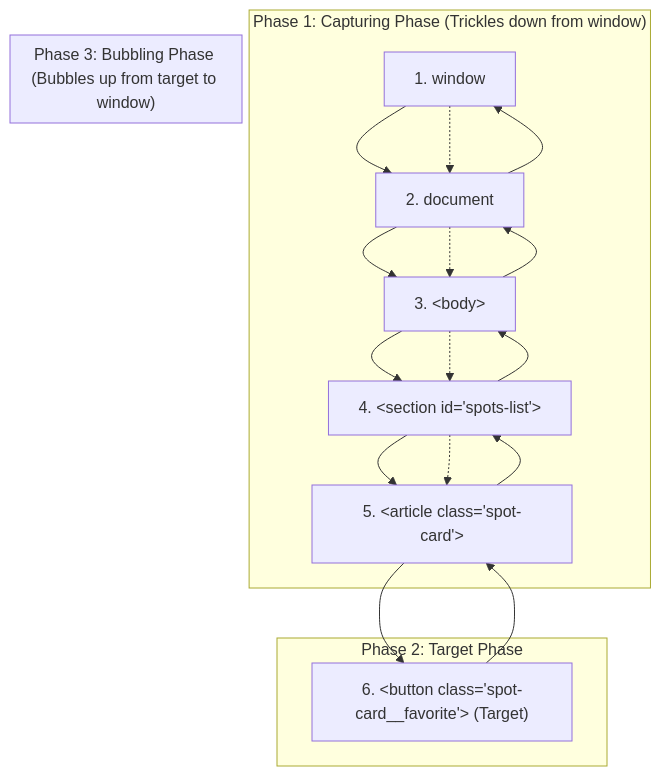
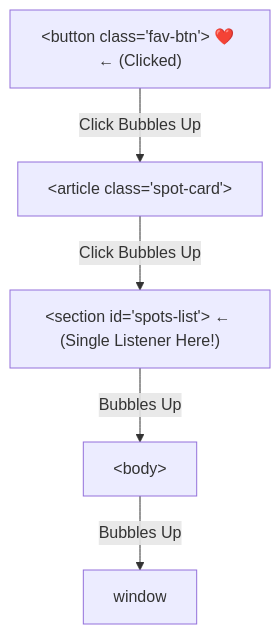
The sixth of 7 diagrams in full_stack_development_class_notes/Week 8_ The DOM, Events & Browser APIs.md (ajibolagenius/LagosDataSchool), drawn with Mermaid before and after one commit. The commit also changed other lines of this file and 20 other files, not shown here.

````diff
--- a/full_stack_development_class_notes/Week 8_ The DOM, Events & Browser APIs.md
+++ b/full_stack_development_class_notes/Week 8_ The DOM, Events & Browser APIs.md
@@ -94,20 +357,13 @@
 ```mermaid
 flowchart TD
-    Window["1. window"] --> Document["2. document"]
-    Document --> Body["3. &lt;body&gt;"]
-    Body --> Container["4. &lt;section id='spots-list'&gt;"]
-    Container --> Card["5. &lt;article class='spot-card'&gt;"]
-    Card --> Button["6. &lt;button class='spot-card__favorite'&gt; (Target)"]
+    Window["window"]
+    Body["&lt;body&gt;"]
+    Container["&lt;section id='spots-list'&gt; &larr; (Single Listener Here!)"]
+    Card["&lt;article class='spot-card'&gt;"]
+    Button["&lt;button class='fav-btn'&gt; ❤️ &larr; (Clicked)"]
 
-    subgraph Capturing["Phase 1: Capturing Phase (Trickles down from window)"]
-        Window -.-> Document -.-> Body -.-> Container -.-> Card
-    end
-
-    subgraph Target["Phase 2: Target Phase"]
-        Button
-    end
-
-    subgraph Bubbling["Phase 3: Bubbling Phase (Bubbles up from target to window)"]
-        Button --> Card --> Container --> Body --> Document --> Window
-    end
+    Button -->|"Click Bubbles Up"| Card
+    Card -->|"Click Bubbles Up"| Container
+    Container -->|"Bubbles Up"| Body
+    Body -->|"Bubbles Up"| Window
 ```
````
